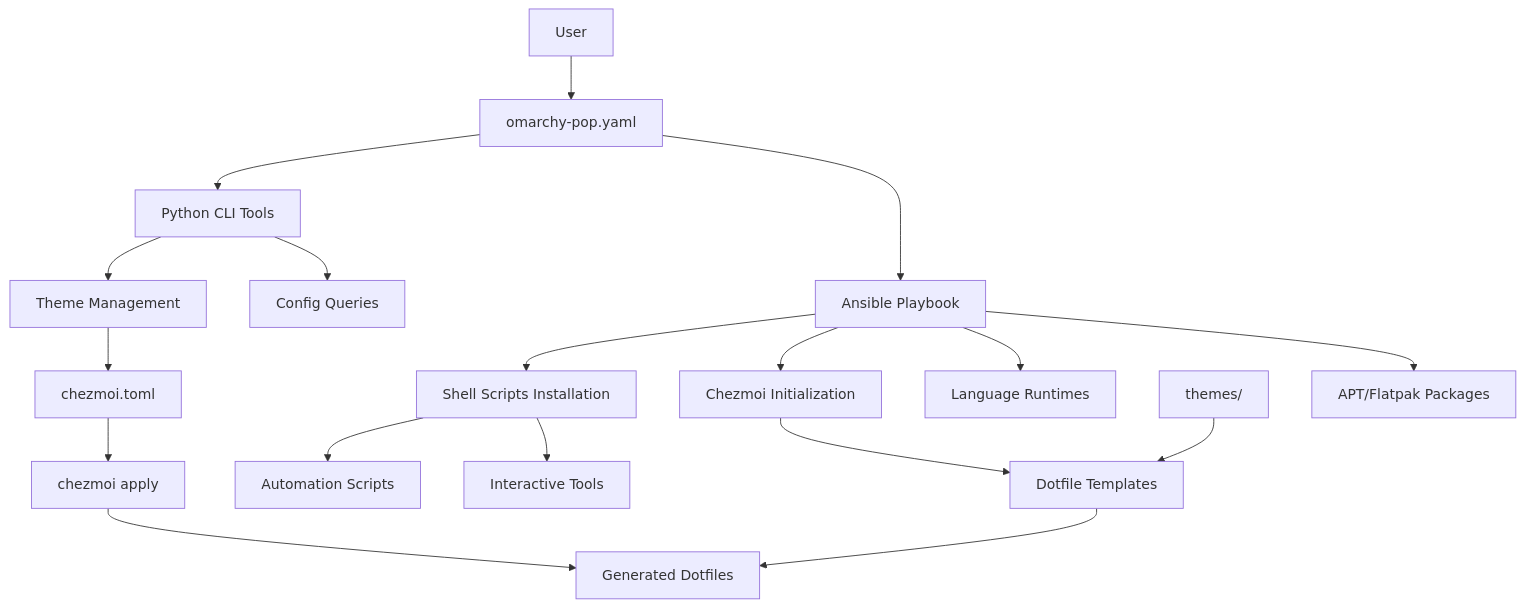
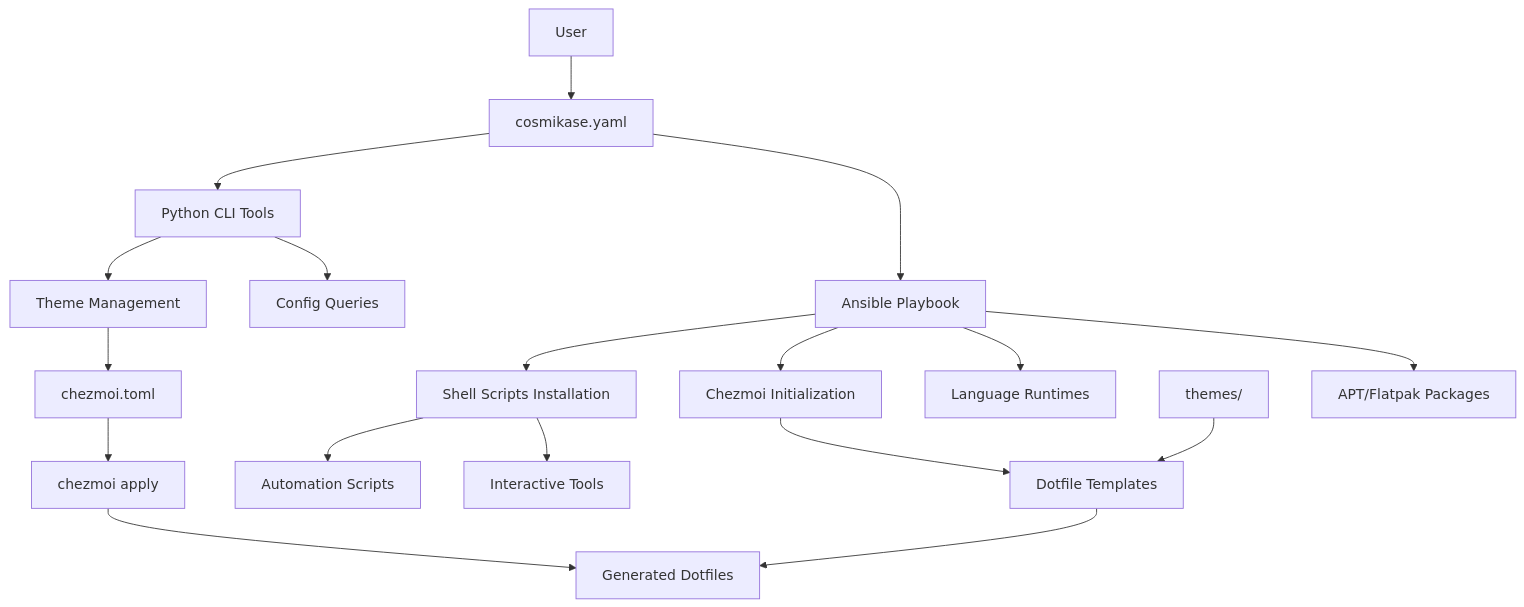
The first of 7 diagrams in docs/architecture.md (paulbrav/cosmikase), drawn with Mermaid before and after one commit. The commit also changed other lines of this file and 8 other files, not shown here.

````diff
--- a/docs/architecture.md
+++ b/docs/architecture.md
@@ -27,25 +27,25 @@
 ```mermaid
 flowchart TD
-    User[User] --> Config[omarchy-pop.yaml]
+    User[User] --> Config[cosmikase.yaml]
     Config --> Ansible[Ansible Playbook]
     Config --> PythonTools[Python CLI Tools]
     
     Ansible --> Packages[APT/Flatpak Packages]
     Ansible --> Runtimes[Language Runtimes]
     Ansible --> ChezmoiInit[Chezmoi Initialization]
     Ansible --> Scripts[Shell Scripts Installation]
     
     ChezmoiInit --> Templates[Dotfile Templates]
     ThemesDir[themes/] --> Templates
     Templates --> Dotfiles[Generated Dotfiles]
     
     PythonTools --> ConfigQuery[Config Queries]
     PythonTools --> ThemeMgmt[Theme Management]
     
     ThemeMgmt --> ChezmoiData[chezmoi.toml]
     ChezmoiData --> ChezmoiApply[chezmoi apply]
     ChezmoiApply --> Dotfiles
     
     Scripts --> Interactive[Interactive Tools]
     Scripts --> Automation[Automation Scripts]
 ```
````
